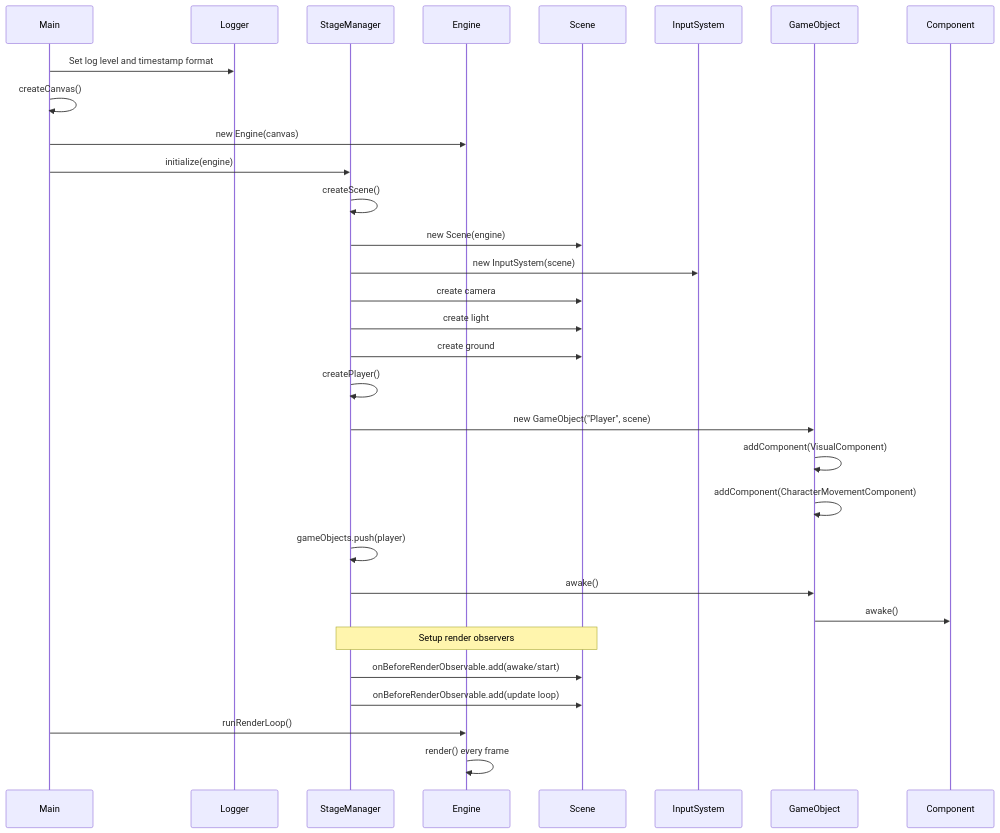
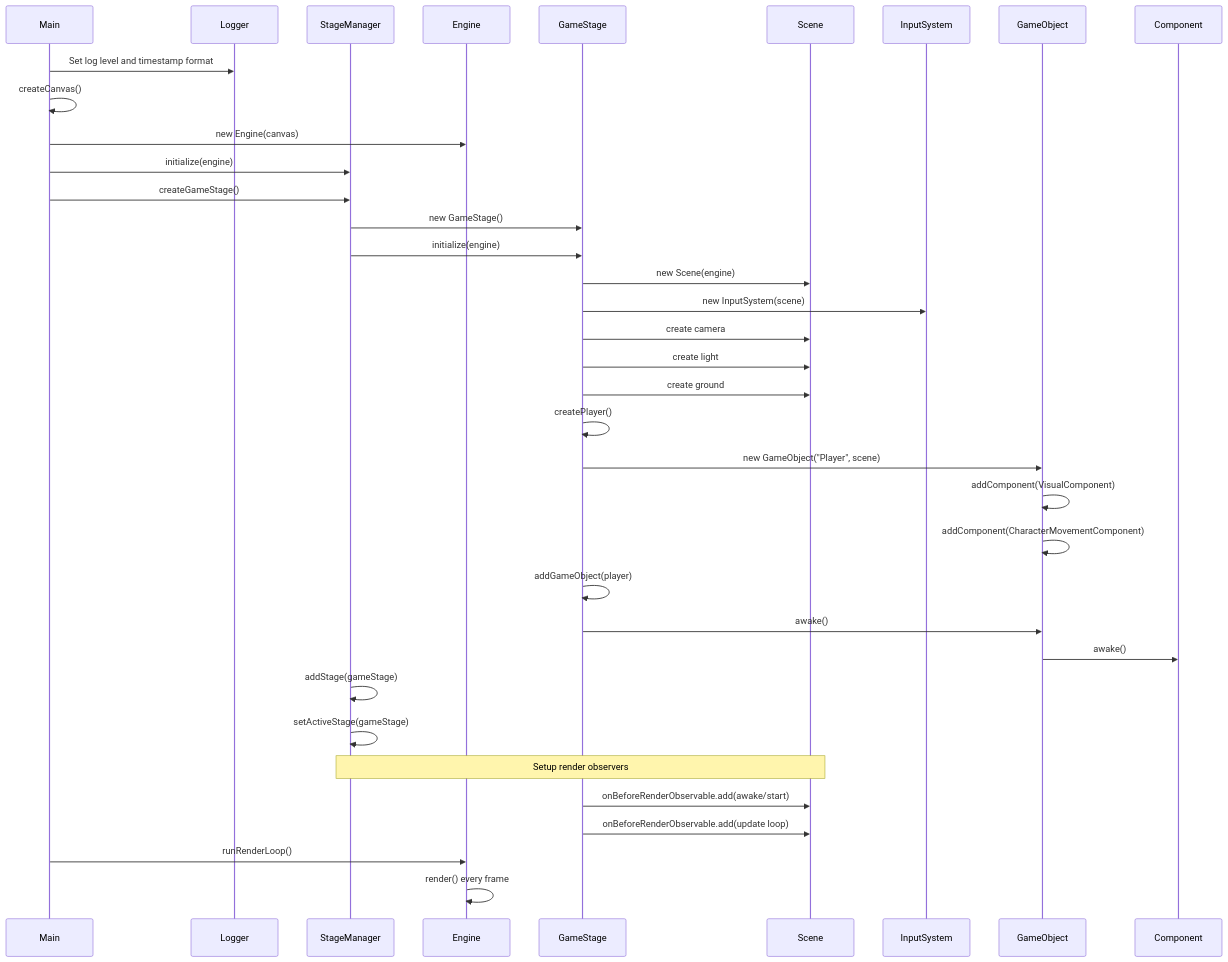
The second of 4 diagrams in DOCUMENTATION.md (Corysia/kitchen-chaos), drawn with Mermaid before and after one commit. The commit also changed other lines of this file and 5 other files, not shown here.

````diff
--- a/DOCUMENTATION.md
+++ b/DOCUMENTATION.md
@@ -489,39 +580,46 @@
 ```mermaid
 sequenceDiagram
     participant Main
     participant Logger
     participant StageManager
     participant Engine
+    participant GameStage
     participant Scene
     participant InputSystem
     participant GameObject
     
     Main->>Logger: Set log level and timestamp format
     Main->>Main: createCanvas()
     Main->>Engine: new Engine(canvas)
     Main->>StageManager: initialize(engine)
     
-    StageManager->>StageManager: createScene()
-    StageManager->>Scene: new Scene(engine)
-    StageManager->>InputSystem: new InputSystem(scene)
+    Main->>StageManager: createGameStage()
+    StageManager->>GameStage: new GameStage()
+    StageManager->>GameStage: initialize(engine)
     
-    StageManager->>Scene: create camera
-    StageManager->>Scene: create light
-    StageManager->>Scene: create ground
+    GameStage->>Scene: new Scene(engine)
+    GameStage->>InputSystem: new InputSystem(scene)
     
-    StageManager->>StageManager: createPlayer()
-    StageManager->>GameObject: new GameObject("Player", scene)
+    GameStage->>Scene: create camera
+    GameStage->>Scene: create light
+    GameStage->>Scene: create ground
+    
+    GameStage->>GameStage: createPlayer()
+    GameStage->>GameObject: new GameObject("Player", scene)
     GameObject->>GameObject: addComponent(VisualComponent)
     GameObject->>GameObject: addComponent(CharacterMovementComponent)
-    StageManager->>StageManager: gameObjects.push(player)
+    GameStage->>GameStage: addGameObject(player)
     
-    StageManager->>GameObject: awake()
+    GameStage->>GameObject: awake()
     GameObject->>Component: awake()
     
+    StageManager->>StageManager: addStage(gameStage)
+    StageManager->>StageManager: setActiveStage(gameStage)
+    
     Note over StageManager,Scene: Setup render observers
-    StageManager->>Scene: onBeforeRenderObservable.add(awake/start)
-    StageManager->>Scene: onBeforeRenderObservable.add(update loop)
+    GameStage->>Scene: onBeforeRenderObservable.add(awake/start)
+    GameStage->>Scene: onBeforeRenderObservable.add(update loop)
     
     Main->>Engine: runRenderLoop()
     Engine->>Engine: render() every frame
 ```
````
